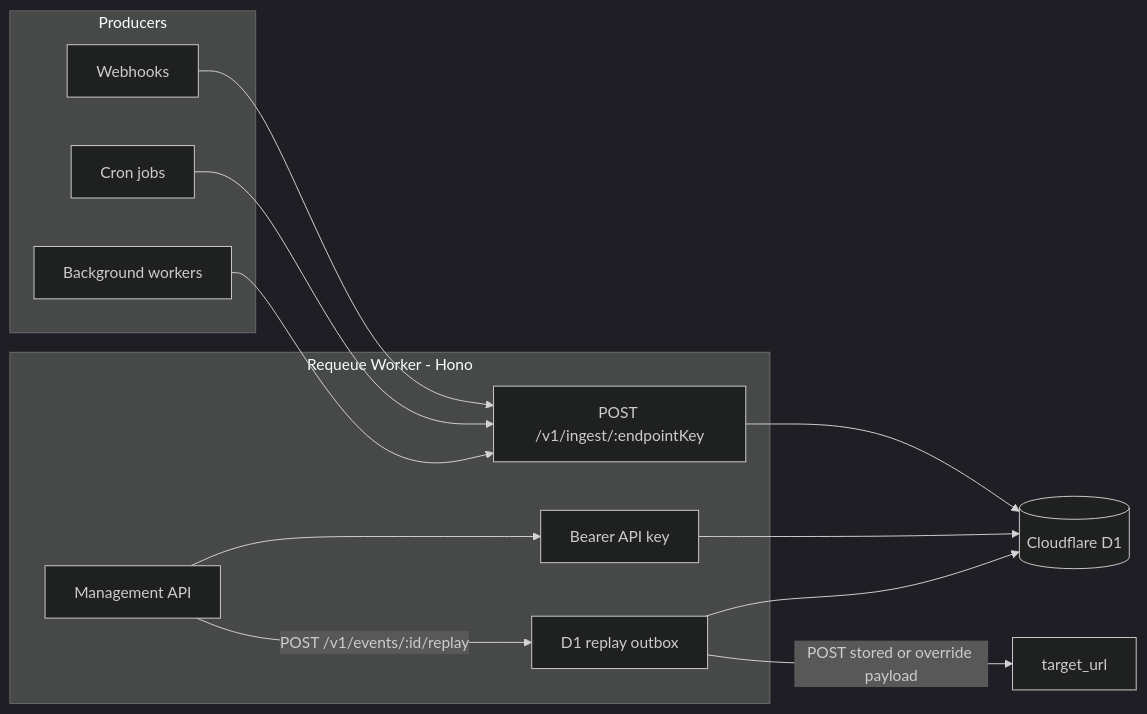
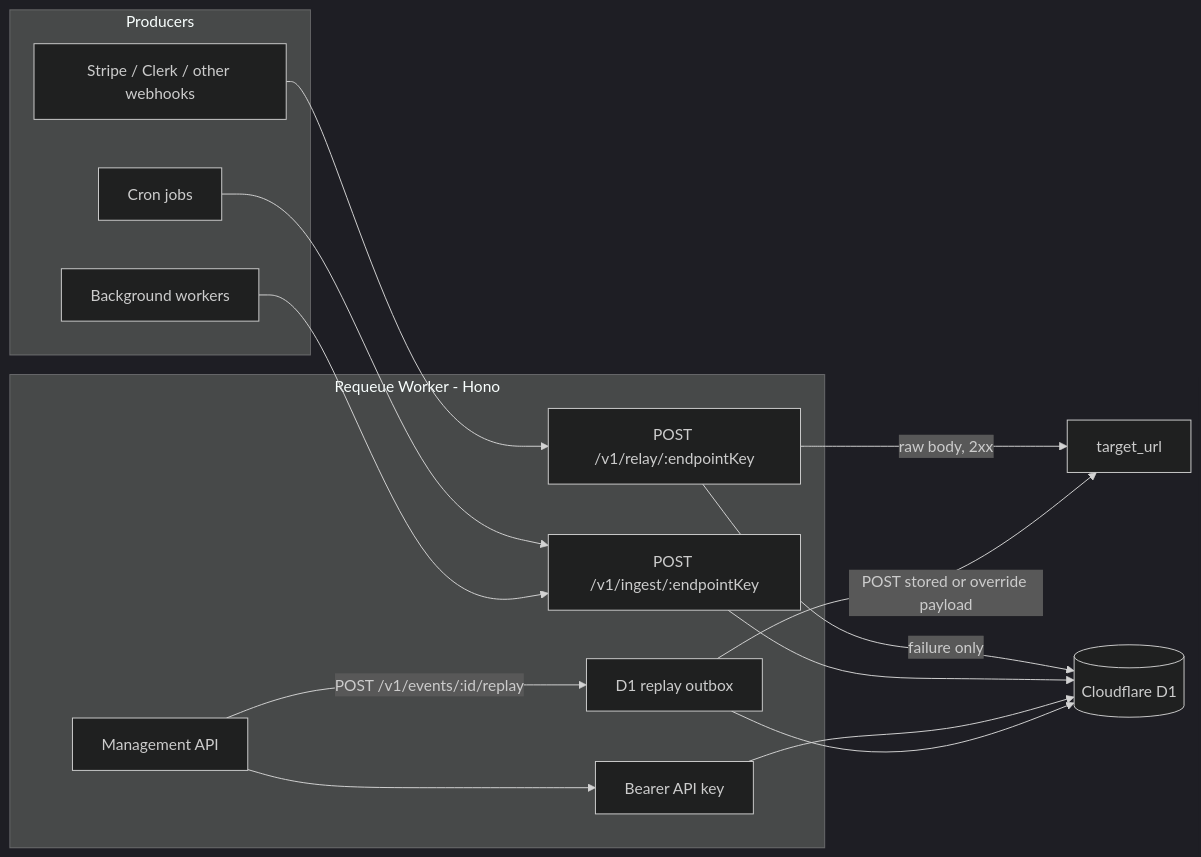
The diagram in README.md (requeue-hq/requeue), drawn with Mermaid (dark theme) before and after one commit. The commit also changed other lines of this file and 8 other files, not shown here.

First line of the commit message:
Add relay ingest so providers can POST straight to Requeue (#29)

````diff
--- a/README.md
+++ b/README.md
@@ -226,28 +228,31 @@
 ```mermaid
 flowchart LR
   subgraph producers [Producers]
-    WH[Webhooks]
+    WH[Stripe / Clerk / other webhooks]
     CR[Cron jobs]
     WK[Background workers]
   end
 
   subgraph worker [Requeue Worker - Hono]
+    RELAY[POST /v1/relay/:endpointKey]
     IN[POST /v1/ingest/:endpointKey]
     MGMT[Management API]
     AUTH[Bearer API key]
     OUT[D1 replay outbox]
   end
 
   D1[(Cloudflare D1)]
   TGT[target_url]
 
-  WH --> IN
+  WH --> RELAY
+  RELAY -->|raw body, 2xx| TGT
+  RELAY -->|failure only| D1
   CR --> IN
   WK --> IN
   IN --> D1
   MGMT --> AUTH
   AUTH --> D1
   MGMT -->|POST /v1/events/:id/replay| OUT
   OUT -->|POST stored or override payload| TGT
   OUT --> D1
 ```
````
